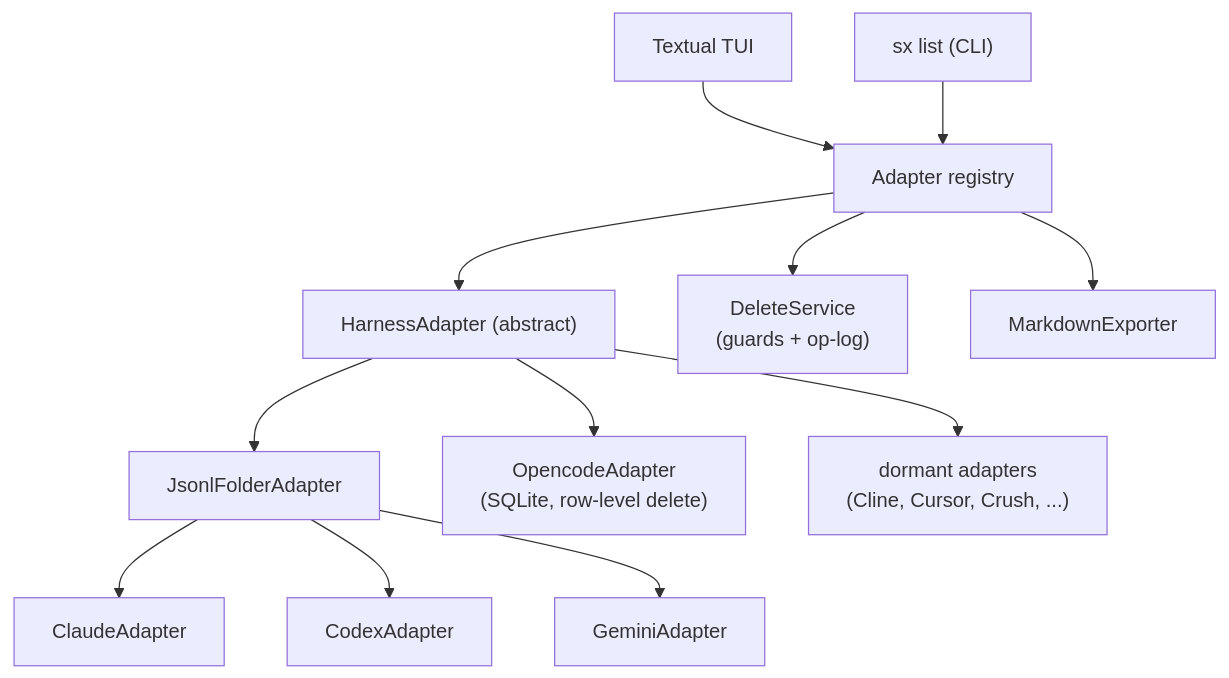
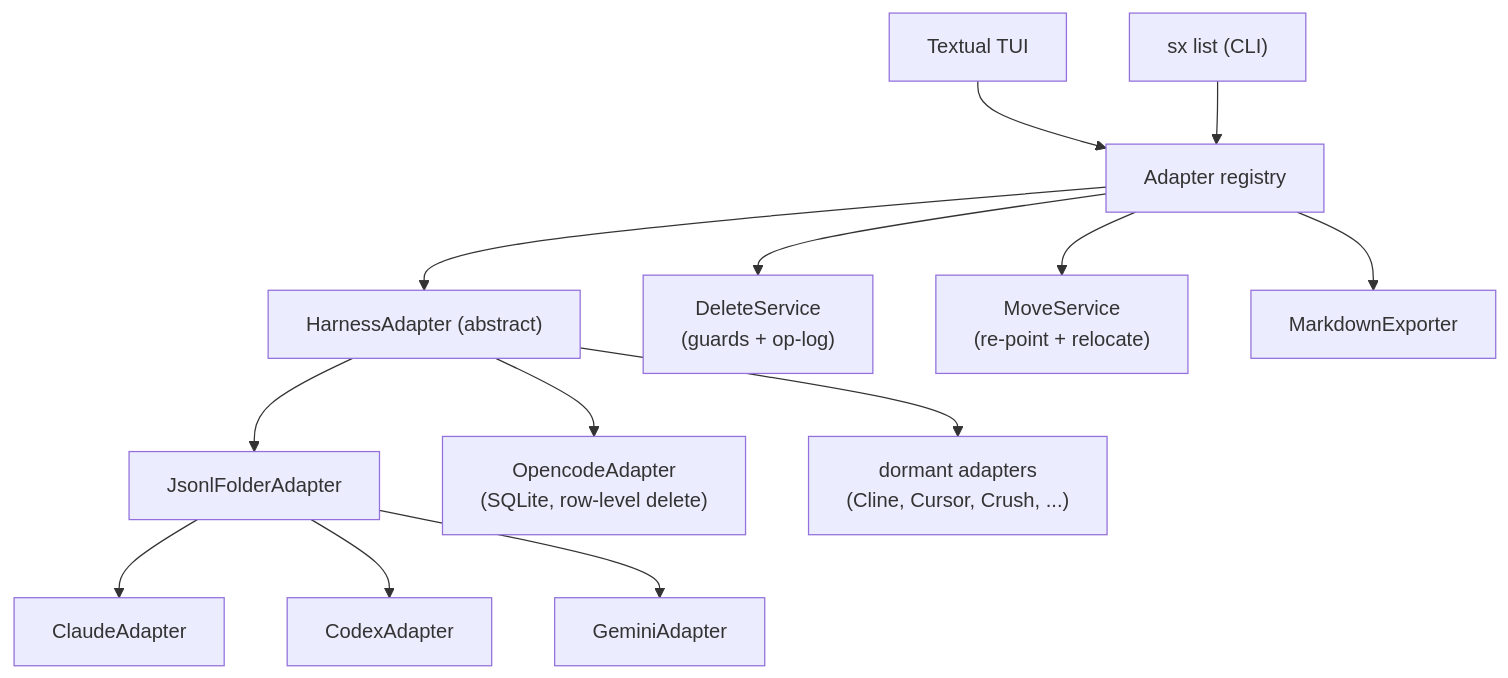
Before and after one commit to junxit/agentic-session-explorer: the diagram in README.md, drawn with Mermaid. The commit also changed other lines of this file and 18 other files, not shown here.

````diff
--- a/README.md
+++ b/README.md
@@ -157,14 +211,15 @@
 ```mermaid
 flowchart TD
     TUI["Textual TUI"] --> REG["Adapter registry"]
     CLI["sx list (CLI)"] --> REG
     REG --> BASE["HarnessAdapter (abstract)"]
     BASE --> JF["JsonlFolderAdapter"]
     JF --> CL["ClaudeAdapter"]
     JF --> CX["CodexAdapter"]
     JF --> GM["GeminiAdapter"]
     BASE --> OC["OpencodeAdapter\n(SQLite, row-level delete)"]
     BASE --> DORM["dormant adapters\n(Cline, Cursor, Crush, ...)"]
     REG --> DEL["DeleteService\n(guards + op-log)"]
+    REG --> MOV["MoveService\n(re-point + relocate)"]
     REG --> EXP["MarkdownExporter"]
 ```
````
